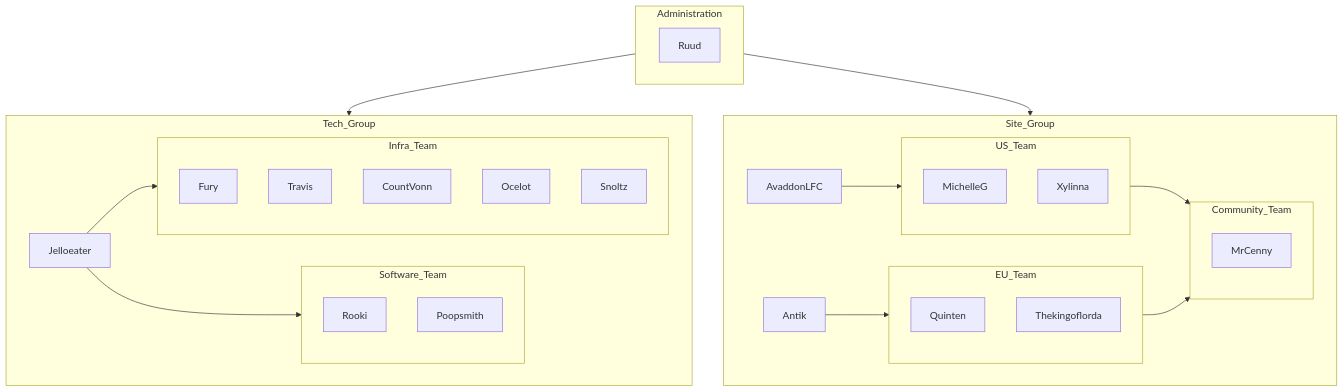
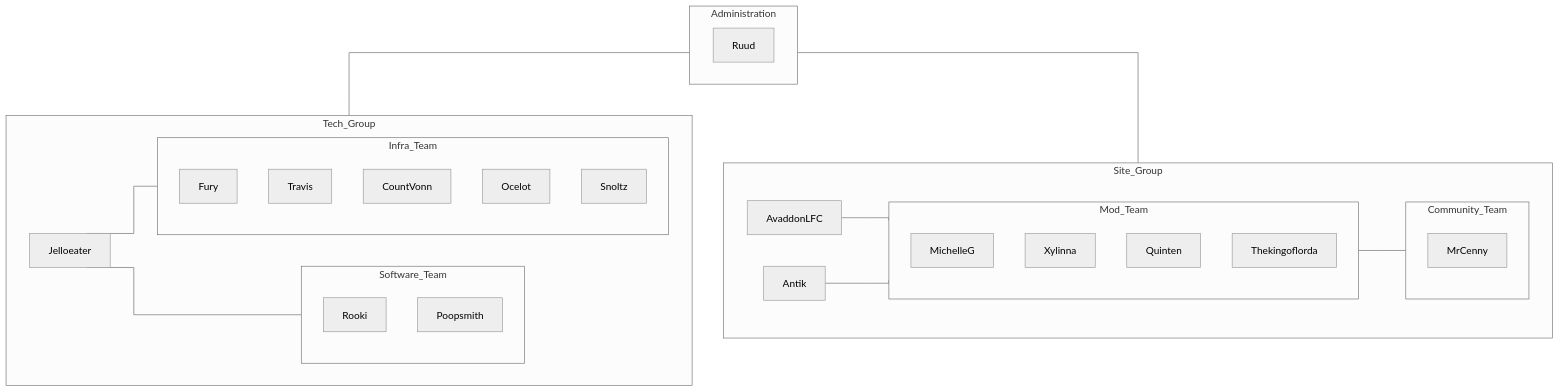
One commit to thekingoflorda/team-page changed the diagram in content/homepage/org_chart.md. Above: the diagram before and after it, drawn with Mermaid. The commit also changed 1 other file, not shown here.

Commit message:
Fixed diagram and list

```diff
--- a/content/homepage/org_chart.md
+++ b/content/homepage/org_chart.md
@@ -6,43 +6,42 @@
 {{< mermaid >}}
+
+%%{ init : {'theme': 'neutral', "flowchart" : { "curve" : "stepAfter" }}}%%
 
 flowchart TD
 subgraph Administration
 Ruud
 end
 
-Administration -->
+Administration ---
 Tech_Group & Site_Group
 
 subgraph Site_Group
-AvaddonLFC --> US_Team
-Antik --> EU_Team
 
-subgraph US_Team
-MichelleG & Xylinna
-end
-subgraph EU_Team
-Quinten & Thekingoflorda
+AvaddonLFC & Antik --- Mod_Team
+
+subgraph Mod_Team
+MichelleG & Xylinna & Quinten & Thekingoflorda
 end
 
-US_Team & EU_Team --> Community_Team
+Mod_Team --- Community_Team
 subgraph Community_Team
 MrCenny
 end
 end
 
-
 subgraph Tech_Group
-Jelloeater --> Software_Team & Infra_Team
+Jelloeater --- Software_Team & Infra_Team
 subgraph Software_Team
 Rooki
 Poopsmith
 end
 subgraph Infra_Team
 Fury
 Travis
 CountVonn
 Ocelot
 Snoltz
 end
 end
+
 {{< /mermaid >}}
```
